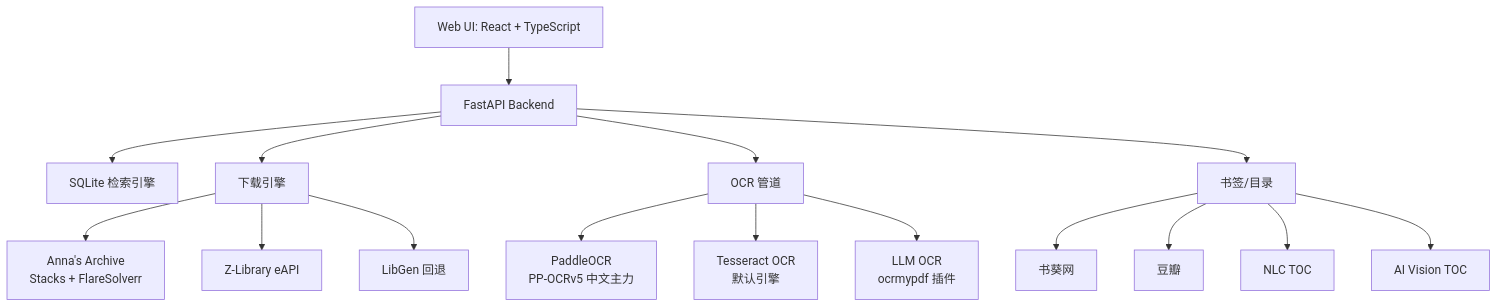
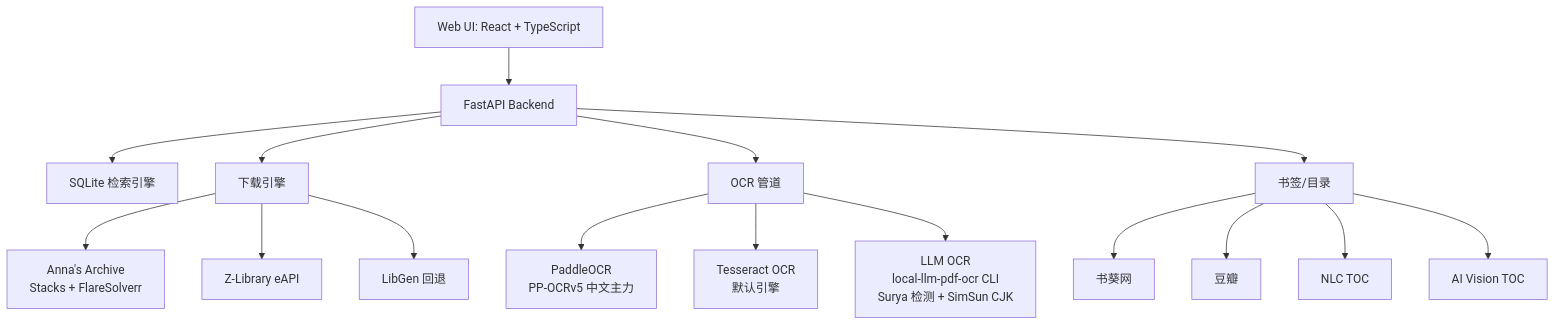
The diagram in README.md (Callioper/ebook-pdf-downloader), drawn with Mermaid before and after one commit. The commit also changed other lines of this file and 1 other file, not shown here.

Commit message:
release: v1.2.0 - BW compression, CJK font fix, real-time OCR progress, completion sound

````diff
--- a/README.md
+++ b/README.md
@@ -33,21 +35,21 @@
 ```mermaid
 graph TD
     A[Web UI: React + TypeScript] --> B[FastAPI Backend]
     B --> C[SQLite 检索引擎]
     B --> D[下载引擎]
     B --> E[OCR 管道]
     B --> F[书签/目录]
 
     D --> D1[Anna's Archive<br/>Stacks + FlareSolverr]
     D --> D2[Z-Library eAPI]
     D --> D3[LibGen 回退]
 
     E --> E1[PaddleOCR<br/>PP-OCRv5 中文主力]
     E --> E2[Tesseract OCR<br/>默认引擎]
-    E --> E3[LLM OCR<br/>ocrmypdf 插件]
+    E --> E3[LLM OCR<br/>local-llm-pdf-ocr CLI<br/>Surya 检测 + SimSun CJK]
 
     F --> F1[书葵网]
     F --> F2[豆瓣]
     F --> F3[NLC TOC]
     F --> F4[AI Vision TOC]
 ```
````
